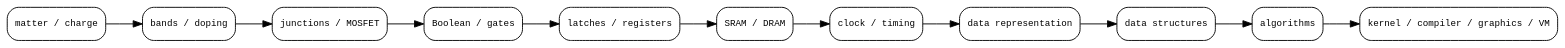
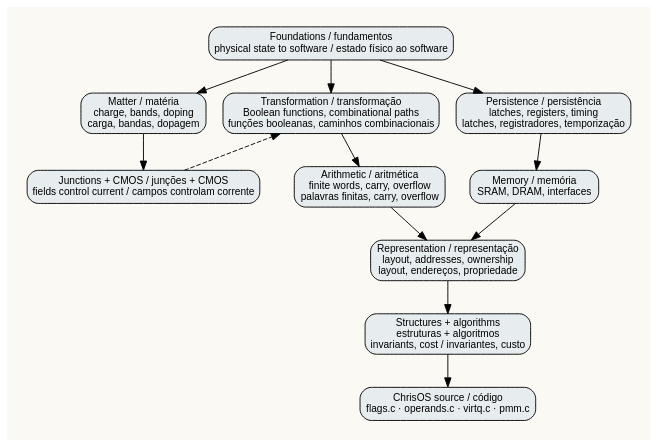
The diagram in diagrams/src/foundations-chain.dot (christianrss/chrisos_site), drawn with Graphviz before and after one commit. The commit also changed 38 other files, not shown here.

First line of the commit message:
docs: deepen bilingual foundations and verify ChrisCPU arithmetic

```diff
--- a/diagrams/src/foundations-chain.dot
+++ b/diagrams/src/foundations-chain.dot
@@ -1,18 +1,25 @@
-digraph foundations {
-  rankdir=LR;
-  graph [bgcolor="transparent", pad="0.2", nodesep="0.35", ranksep="0.55"];
-  node [shape=box, style="rounded", fontname="monospace", fontsize=10];
-  edge [fontname="monospace", fontsize=9];
-  Matter [label="matter / charge"];
-  Bands [label="bands / doping"];
-  Devices [label="junctions / MOSFET"];
-  Logic [label="Boolean / gates"];
-  State [label="latches / registers"];
-  Memory [label="SRAM / DRAM"];
-  Timing [label="clock / timing"];
-  Repr [label="data representation"];
-  DS [label="data structures"];
-  Alg [label="algorithms"];
-  Systems [label="kernel / compiler / graphics / VM"];
-  Matter -> Bands -> Devices -> Logic -> State -> Memory -> Timing -> Repr -> DS -> Alg -> Systems;
+digraph Foundations {
+  graph [rankdir=TB, bgcolor="#faf9f4", pad="0.3", nodesep="0.25"];
+  node [shape=box, style="rounded,filled", fillcolor="#e7ecef", fontname="Arial", fontsize=11];
+  edge [fontname="Arial", fontsize=10];
+  root [label="Foundations / fundamentos\nphysical state to software / estado físico ao software"];
+  matter [label="Matter / matéria\ncharge, bands, doping\ncarga, bandas, dopagem"];
+  logic [label="Transformation / transformação\nBoolean functions, combinational paths\nfunções booleanas, caminhos combinacionais"];
+  state [label="Persistence / persistência\nlatches, registers, timing\nlatches, registradores, temporização"];
+  junction [label="Junctions + CMOS / junções + CMOS\nfields control current / campos controlam corrente"];
+  arithmetic [label="Arithmetic / aritmética\nfinite words, carry, overflow\npalavras finitas, carry, overflow"];
+  memory [label="Memory / memória\nSRAM, DRAM, interfaces"];
+  representation [label="Representation / representação\nlayout, addresses, ownership\nlayout, endereços, propriedade"];
+  algorithms [label="Structures + algorithms\nestruturas + algoritmos\ninvariants, cost / invariantes, custo"];
+  source [label="ChrisOS source / código\nflags.c · operands.c · virtq.c · pmm.c"];
+  root -> matter;
+  root -> logic;
+  root -> state;
+  matter -> junction;
+  logic -> arithmetic;
+  state -> memory;
+  junction -> logic [style=dashed, constraint=false];
+  arithmetic -> representation;
+  memory -> representation;
+  representation -> algorithms -> source;
 }
```
